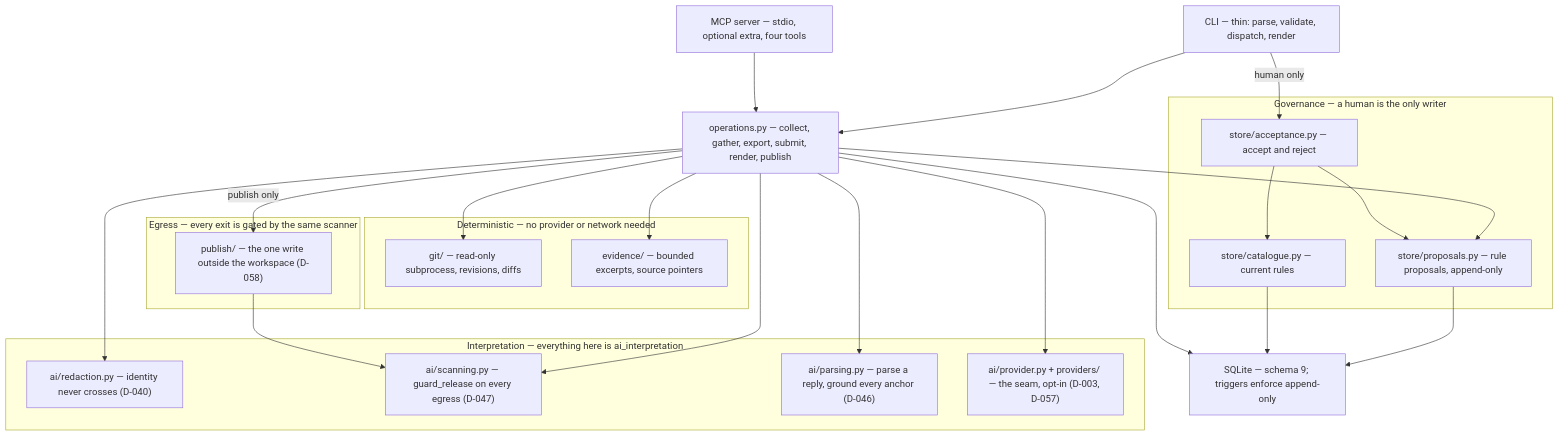
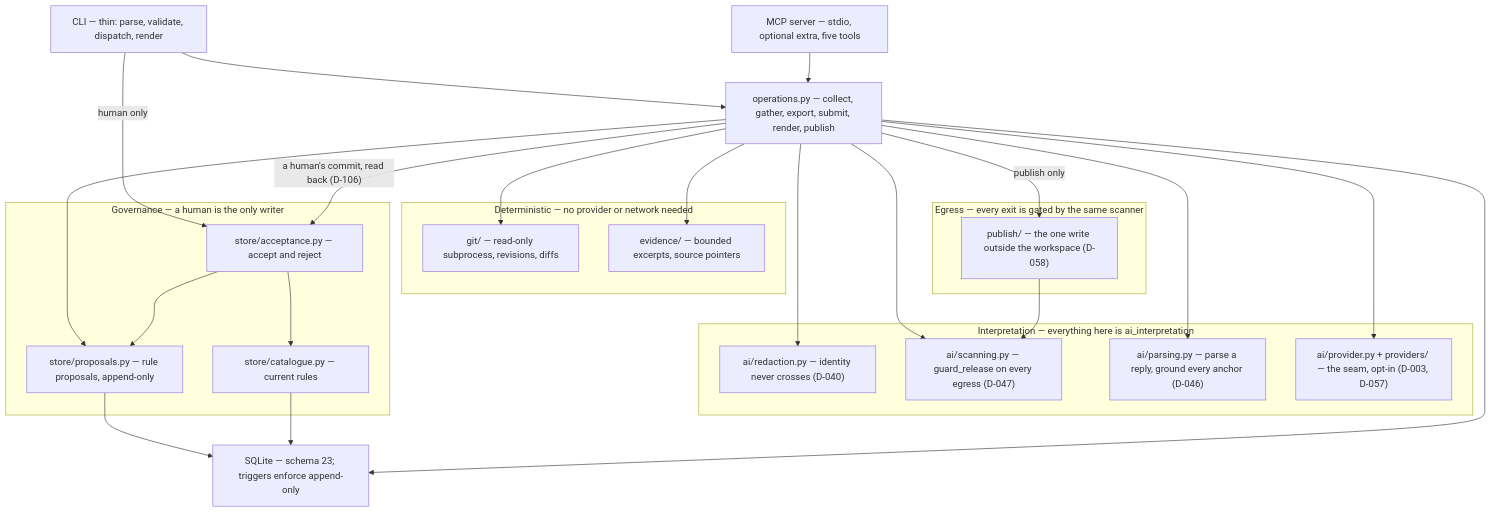
The first of 3 diagrams in ARCHITECTURE.md (padjis/constat), drawn with Mermaid before and after one commit. The commit also changed other lines of this file and 7 other files, not shown here.

First line of the commit message:
CON-102: a page for the command loop, and diagrams that tell the truth

````diff
--- a/ARCHITECTURE.md
+++ b/ARCHITECTURE.md
@@ -33,48 +33,49 @@
 ```mermaid
 flowchart TD
     CLI["CLI — thin: parse, validate, dispatch, render"]
-    MCP["MCP server — stdio, optional extra, four tools"]
+    MCP["MCP server — stdio, optional extra, five tools"]
     OPS["operations.py — collect, gather, export, submit, render, publish"]
 
     subgraph DET["Deterministic — no provider or network needed"]
         GIT["git/ — read-only subprocess, revisions, diffs"]
         EV["evidence/ — bounded excerpts, source pointers"]
     end
 
     subgraph INT["Interpretation — everything here is ai_interpretation"]
         RED["ai/redaction.py — identity never crosses (D-040)"]
         SCAN["ai/scanning.py — guard_release on every egress (D-047)"]
         PARSE["ai/parsing.py — parse a reply, ground every anchor (D-046)"]
         PROV["ai/provider.py + providers/ — the seam, opt-in (D-003, D-057)"]
     end
 
     subgraph OUT["Egress — every exit is gated by the same scanner"]
         PUB["publish/ — the one write outside the workspace (D-058)"]
     end
 
     subgraph GOV["Governance — a human is the only writer"]
         REV["store/acceptance.py — accept and reject"]
         CAT["store/catalogue.py — current rules"]
         PROP["store/proposals.py — rule proposals, append-only"]
     end
 
-    DB["SQLite — schema 9; triggers enforce append-only"]
+    DB["SQLite — schema 23; triggers enforce append-only"]
 
     CLI --> OPS
     MCP --> OPS
     CLI -->|"human only"| REV
+    OPS -->|"a human's commit, read back (D-106)"| REV
     OPS --> GIT
     OPS --> EV
     OPS --> RED
     OPS --> SCAN
     OPS --> PARSE
     OPS --> PROV
     OPS --> PROP
     OPS -->|"publish only"| PUB
     PUB --> SCAN
     REV --> CAT
     REV --> PROP
     PROP --> DB
     CAT --> DB
     OPS --> DB
 ```
````
